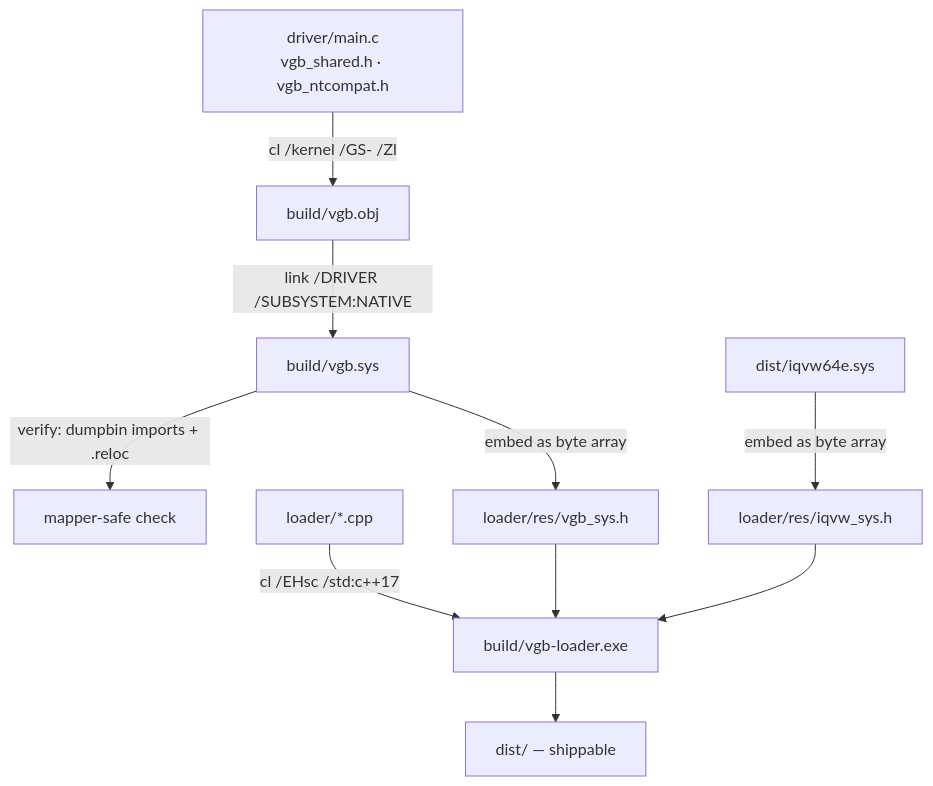
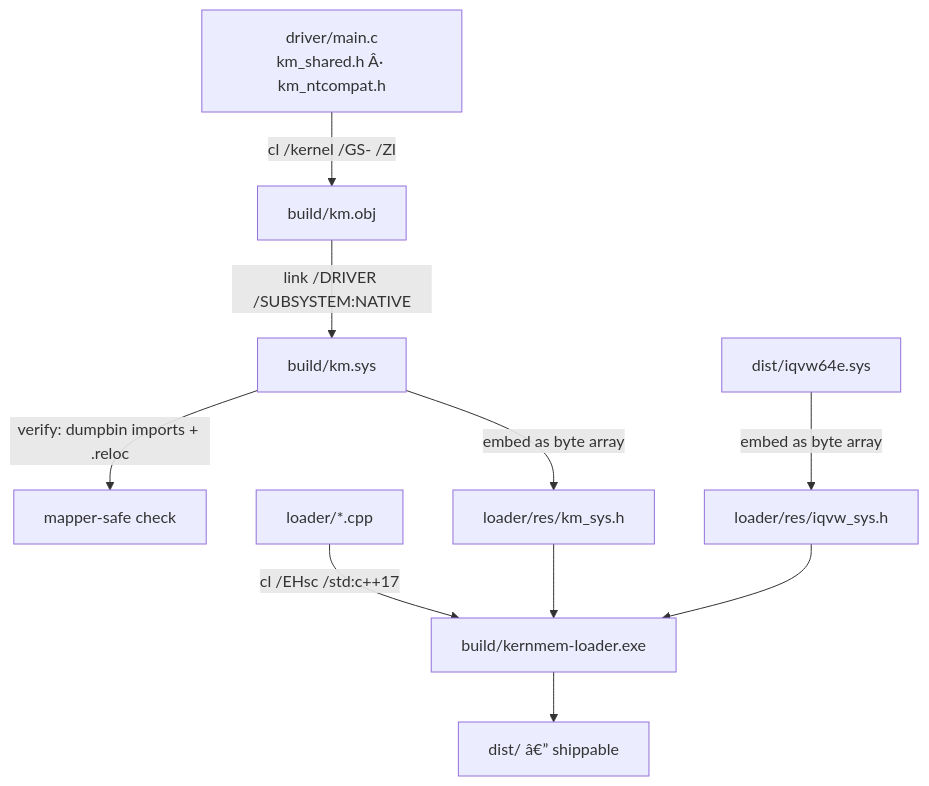
One commit to 0xMALVEE/kernmem changed the first of 2 diagrams in docs/build-and-load.md. Above: the diagram before and after it, drawn with Mermaid. The commit also changed other lines of this file and 919 other files, not shown here.

First line of the commit message:
kernmem: rename, driver hardening, shared client framework, CS2 reference client

````diff
--- a/docs/build-and-load.md
+++ b/docs/build-and-load.md
@@ -26,12 +26,12 @@
 ```mermaid
 flowchart TB
-    A["driver/main.c<br/>vgb_shared.h · vgb_ntcompat.h"] -->|"cl /kernel /GS- /Zl"| B["build/vgb.obj"]
-    B -->|"link /DRIVER /SUBSYSTEM:NATIVE"| C["build/vgb.sys"]
+    A["driver/main.c<br/>km_shared.h Â· km_ntcompat.h"] -->|"cl /kernel /GS- /Zl"| B["build/km.obj"]
+    B -->|"link /DRIVER /SUBSYSTEM:NATIVE"| C["build/km.sys"]
     C -->|"verify: dumpbin imports + .reloc"| D["mapper-safe check"]
-    C -->|"embed as byte array"| E["loader/res/vgb_sys.h"]
+    C -->|"embed as byte array"| E["loader/res/km_sys.h"]
     F["dist/iqvw64e.sys"] -->|"embed as byte array"| G["loader/res/iqvw_sys.h"]
-    H["loader/*.cpp"] -->|"cl /EHsc /std:c++17"| I["build/vgb-loader.exe"]
+    H["loader/*.cpp"] -->|"cl /EHsc /std:c++17"| I["build/kernmem-loader.exe"]
     E --> I
     G --> I
-    I --> J["dist/ — shippable"]
+    I --> J["dist/ â€” shippable"]
 ```
````
